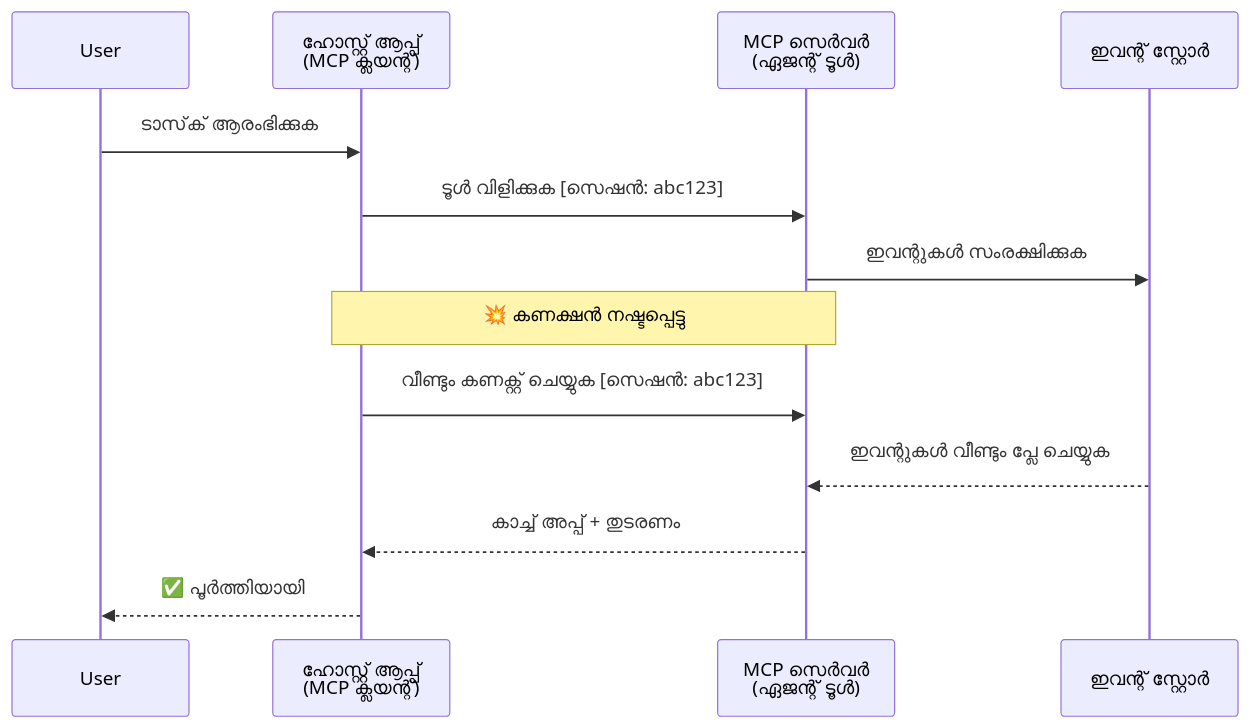
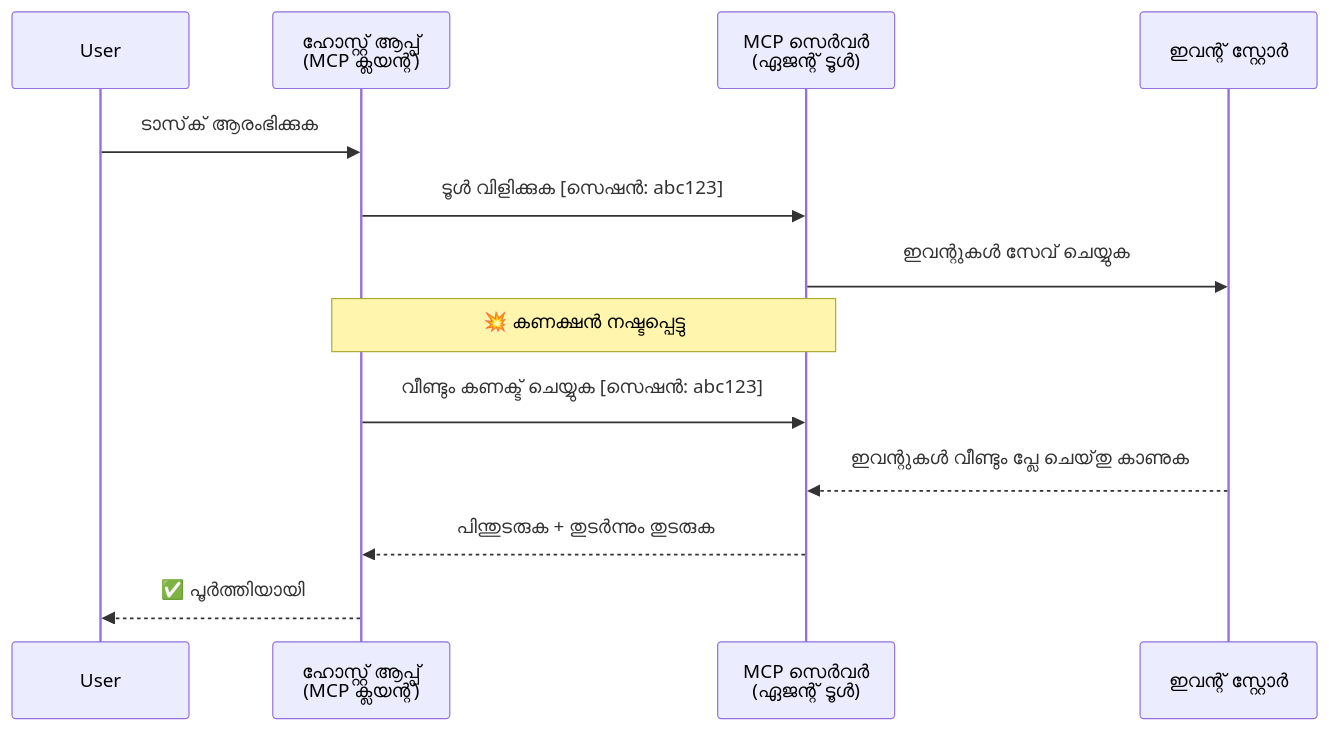
Before and after one commit to microsoft/ai-agents-for-beginners: the second of 5 diagrams in translations/ml/11-agentic-protocols/code_samples/mcp-agents/README.md, drawn with Mermaid. The commit also changed other lines of this file and 224 other files, not shown here.

````diff
--- a/translations/ml/11-agentic-protocols/code_samples/mcp-agents/README.md
+++ b/translations/ml/11-agentic-protocols/code_samples/mcp-agents/README.md
@@ -81,18 +82,18 @@
 ```mermaid
 sequenceDiagram
     participant User
     participant Host as ഹോസ്റ്റ് ആപ്പ്<br/>(MCP ക്ലയന്റ്)
     participant Server as MCP സെർവർ<br/>(ഏജന്റ് ടൂൾ)
     participant Store as ഇവന്റ് സ്റ്റോർ
 
     User->>Host: ടാസ്‌ക് ആരംഭിക്കുക
     Host->>Server: ടൂൾ വിളിക്കുക [സെഷൻ: abc123]
-    Server->>Store: ഇവന്റുകൾ സംരക്ഷിക്കുക
+    Server->>Store: ഇവന്റുകൾ സേവ് ചെയ്യുക
 
     Note over Host,Server: 💥 കണക്ഷൻ നഷ്ടപ്പെട്ടു
 
-    Host->>Server: വീണ്ടും കണക്റ്റ് ചെയ്യുക [സെഷൻ: abc123]
-    Store-->>Server: ഇവന്റുകൾ വീണ്ടും പ്ലേ ചെയ്യുക
-    Server-->>Host: കാച്ച് അപ്പ് + തുടരണം
+    Host->>Server: വീണ്ടും കണക്ട് ചെയ്യുക [സെഷൻ: abc123]
+    Store-->>Server: ഇവന്റുകൾ വീണ്ടും പ്ലേ ചെയ്‌തു കാണുക
+    Server-->>Host: പിന്തുടരുക + തുടർന്നും തുടരുക
     Host-->>User: ✅ പൂർത്തിയായി
 ```
````
